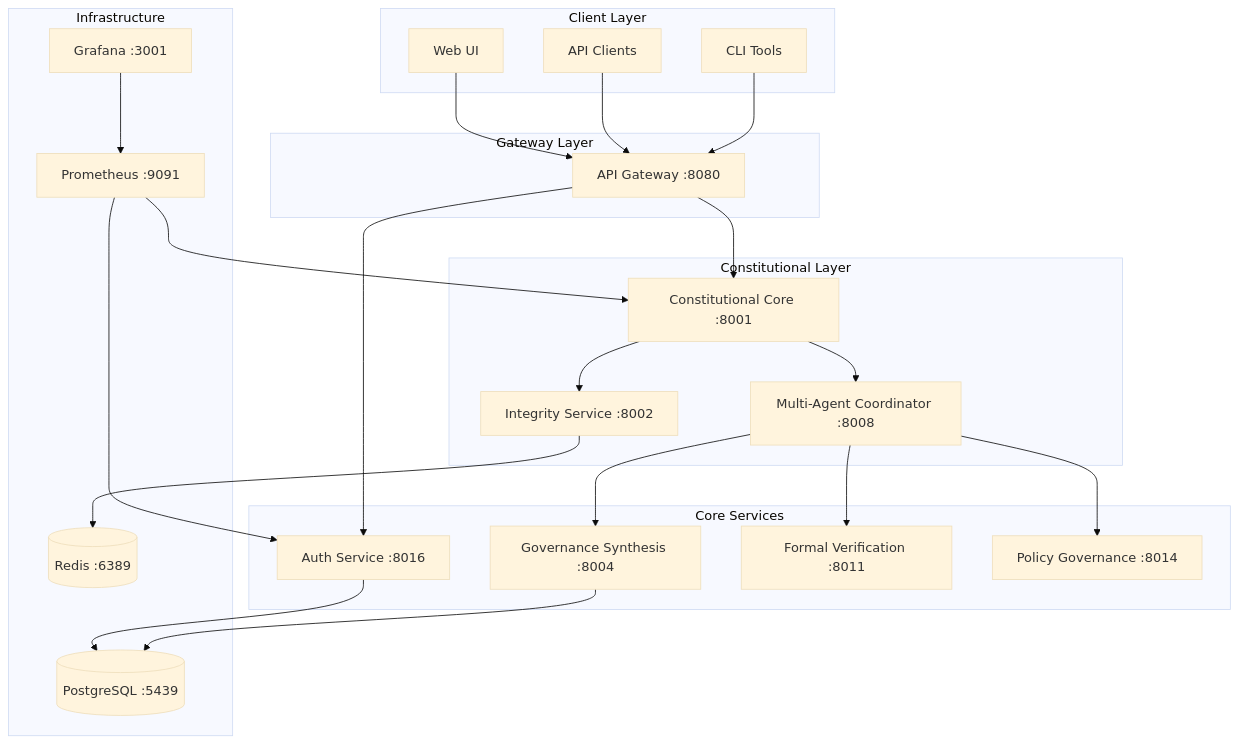
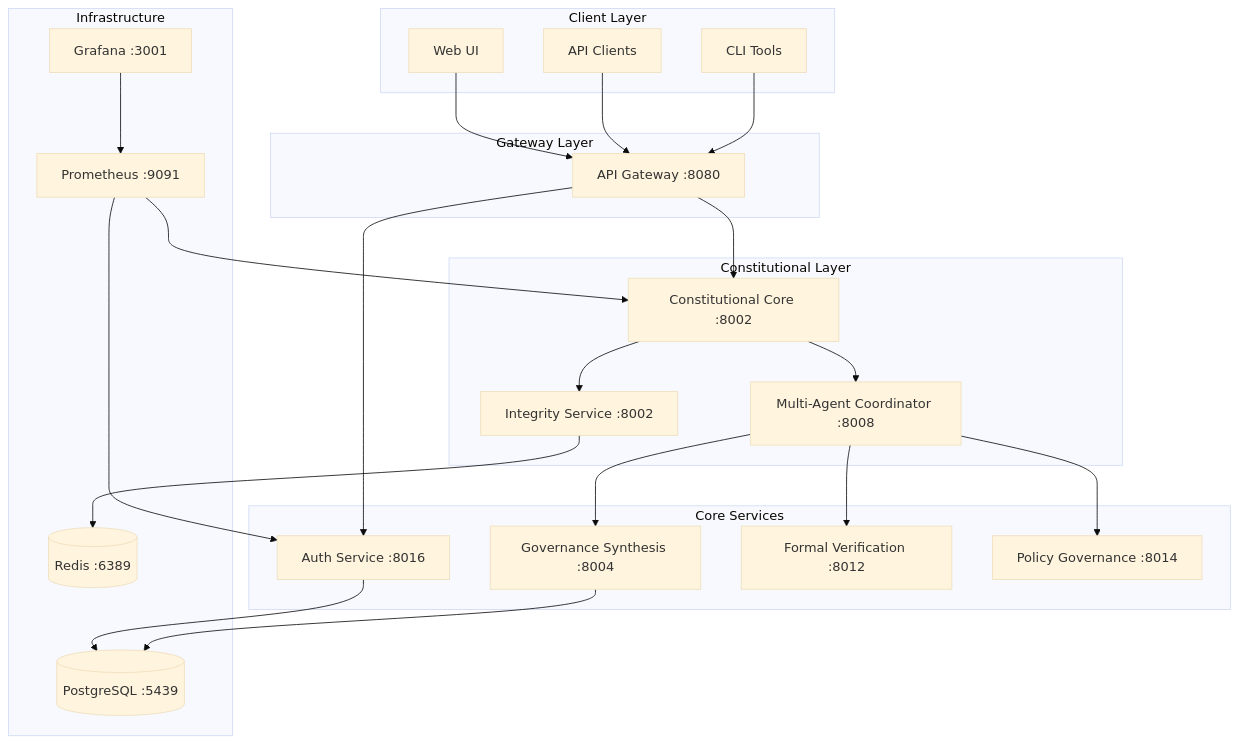
The first of 3 diagrams in README.md (CA-git-com-co/ACGS), drawn with Mermaid (base theme) before and after one commit. The commit also changed other lines of this file and 880 other files, not shown here.

````diff
--- a/README.md
+++ b/README.md
@@ -186,53 +187,53 @@
 ```mermaid
 graph TB
     subgraph "Client Layer"
         UI[Web UI]
         API[API Clients]
         CLI[CLI Tools]
     end
     
     subgraph "Gateway Layer"
         AG[API Gateway :8080]
     end
     
     subgraph "Constitutional Layer"
-        CC[Constitutional Core :8001]
+        CC[Constitutional Core :8002]
         IS[Integrity Service :8002]
         MAC[Multi-Agent Coordinator :8008]
     end
     
     subgraph "Core Services"
         AS[Auth Service :8016]
         GS[Governance Synthesis :8004]
-        FV[Formal Verification :8011]
+        FV[Formal Verification :8012]
         PG[Policy Governance :8014]
     end
     
     subgraph "Infrastructure"
         PG_DB[(PostgreSQL :5439)]
         REDIS[(Redis :6389)]
         PROM[Prometheus :9091]
         GRAF[Grafana :3001]
     end
     
     UI --> AG
     API --> AG
     CLI --> AG
     
     AG --> CC
     AG --> AS
     
     CC --> IS
     CC --> MAC
     MAC --> GS
     MAC --> FV
     MAC --> PG
     
     AS --> PG_DB
     IS --> REDIS
     GS --> PG_DB
     
     PROM --> CC
     PROM --> AS
     GRAF --> PROM
 ```
````
